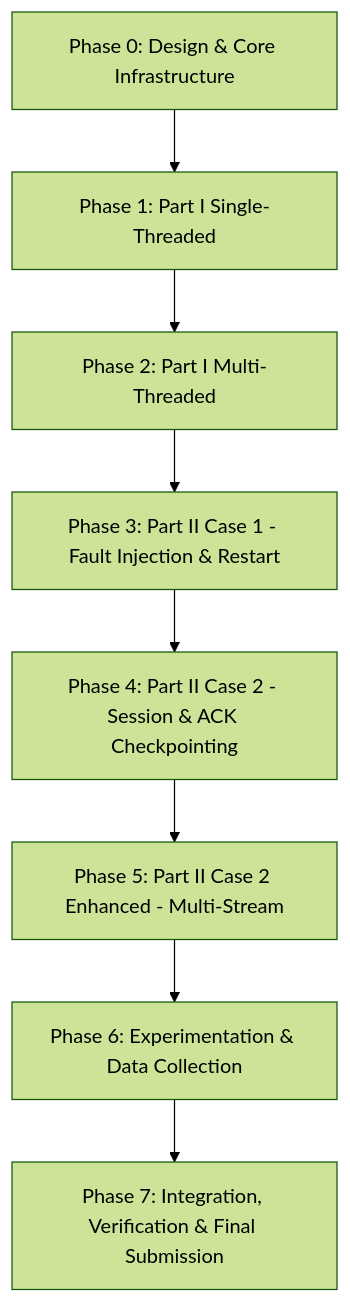
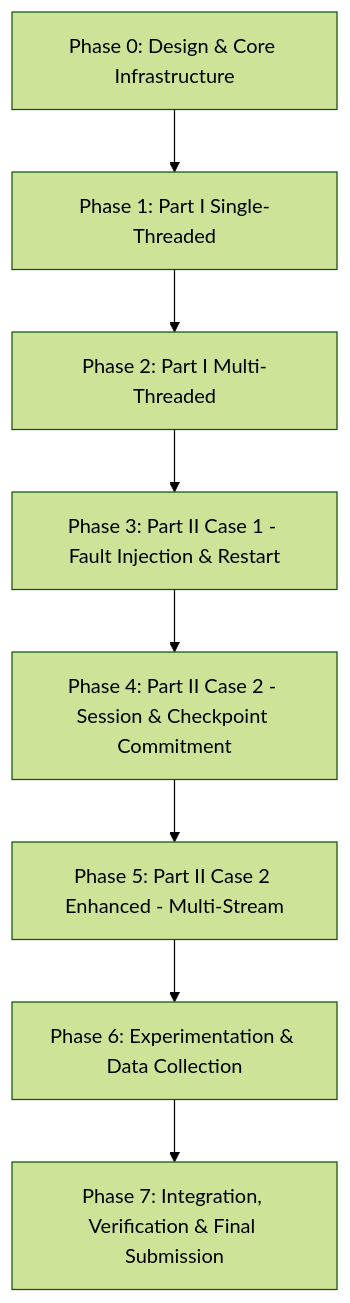
Before and after one commit to peaceparadise7-kb/IT305-Socket-Programming: the diagram in docs/IMPLEMENTATION_PLAN.md, drawn with Mermaid (forest theme). The commit also changed other lines of this file and 7 other files, not shown here.

````diff
--- a/docs/IMPLEMENTATION_PLAN.md
+++ b/docs/IMPLEMENTATION_PLAN.md
@@ -12,10 +12,10 @@
 ```mermaid
 graph TD
     P0[Phase 0: Design & Core Infrastructure] --> P1[Phase 1: Part I Single-Threaded]
     P1 --> P2[Phase 2: Part I Multi-Threaded]
     P2 --> P3[Phase 3: Part II Case 1 - Fault Injection & Restart]
-    P3 --> P4[Phase 4: Part II Case 2 - Session & ACK Checkpointing]
+    P3 --> P4[Phase 4: Part II Case 2 - Session & Checkpoint Commitment]
     P4 --> P5[Phase 5: Part II Case 2 Enhanced - Multi-Stream]
     P5 --> P6[Phase 6: Experimentation & Data Collection]
     P6 --> P7[Phase 7: Integration, Verification & Final Submission]
 ```
````
